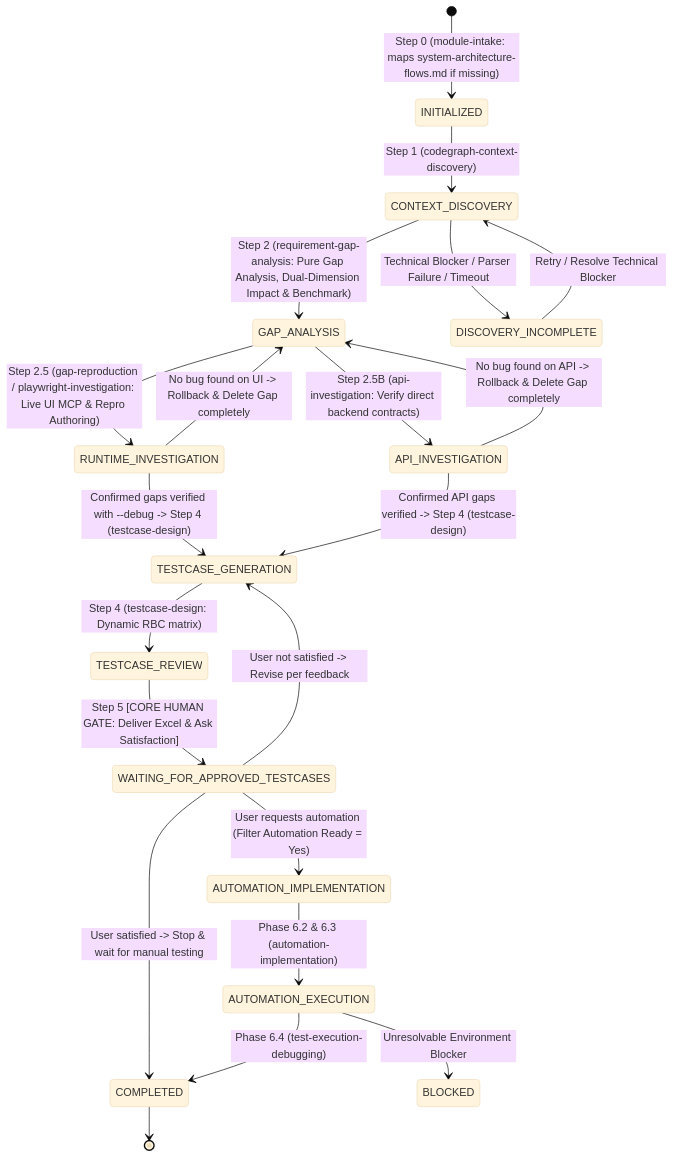
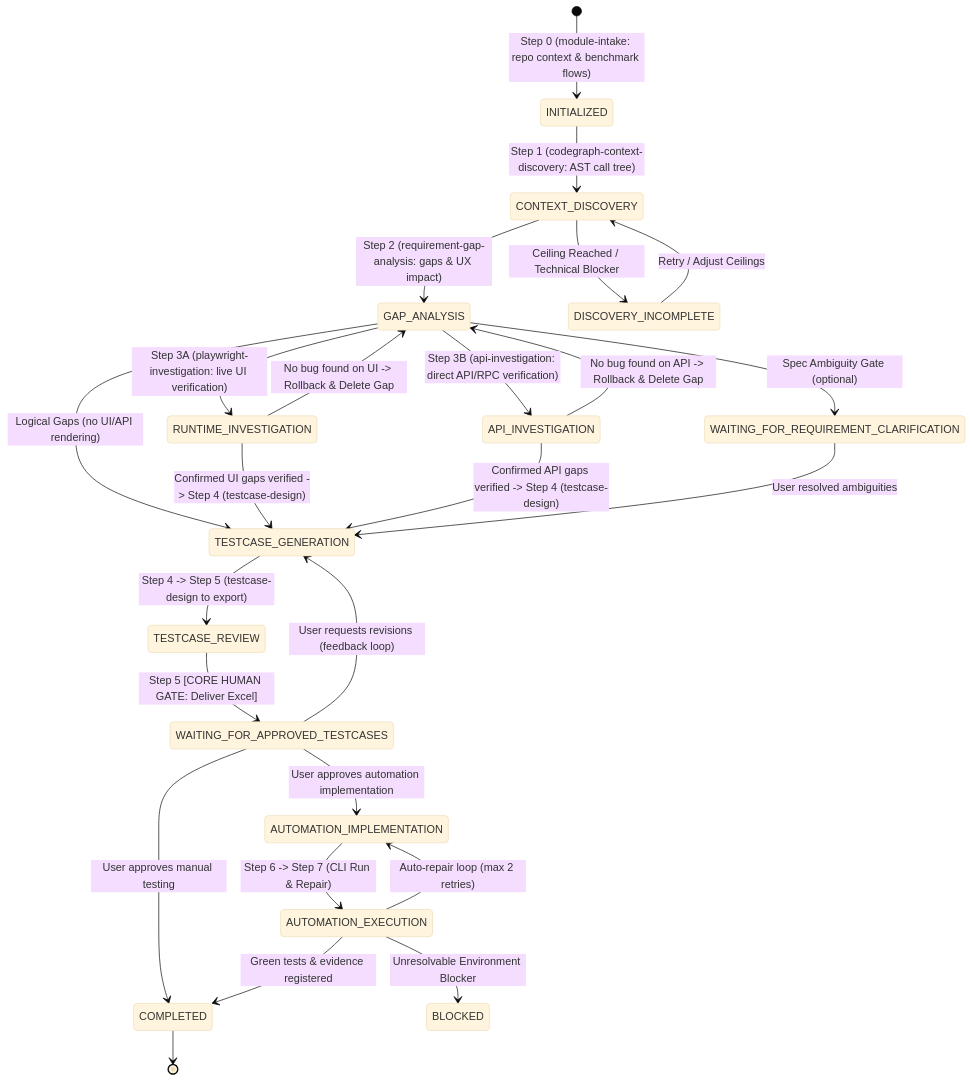
The diagram in skills/workflow-orchestrator/SKILL.md (Dang-nhut-tan/QA-skill), drawn with Mermaid (base theme) before and after one commit. The commit also changed other lines of this file and 11 other files, not shown here.

Commit message:
feat(phase-2): unify codegraph policy, standardize 0-7 lifecycle, implement capability fallback, and enforce language hygiene

````diff
--- a/skills/workflow-orchestrator/SKILL.md
+++ b/skills/workflow-orchestrator/SKILL.md
@@ -24,29 +24,33 @@
 ```mermaid
 stateDiagram-v2
-    [*] --> INITIALIZED: Step 0 (module-intake: maps system-architecture-flows.md if missing)
-    INITIALIZED --> CONTEXT_DISCOVERY: Step 1 (codegraph-context-discovery)
-    CONTEXT_DISCOVERY --> GAP_ANALYSIS: Step 2 (requirement-gap-analysis: Pure Gap Analysis, Dual-Dimension Impact & Benchmark)
-    CONTEXT_DISCOVERY --> DISCOVERY_INCOMPLETE: Technical Blocker / Parser Failure / Timeout
-    DISCOVERY_INCOMPLETE --> CONTEXT_DISCOVERY: Retry / Resolve Technical Blocker
+    [*] --> INITIALIZED: Step 0 (module-intake: repo context & benchmark flows)
+    INITIALIZED --> CONTEXT_DISCOVERY: Step 1 (codegraph-context-discovery: AST call tree)
+    CONTEXT_DISCOVERY --> GAP_ANALYSIS: Step 2 (requirement-gap-analysis: gaps & UX impact)
+    CONTEXT_DISCOVERY --> DISCOVERY_INCOMPLETE: Ceiling Reached / Technical Blocker
+    DISCOVERY_INCOMPLETE --> CONTEXT_DISCOVERY: Retry / Adjust Ceilings
     
-    GAP_ANALYSIS --> RUNTIME_INVESTIGATION: Step 2.5 (gap-reproduction / playwright-investigation: Live UI MCP & Repro Authoring)
-    GAP_ANALYSIS --> API_INVESTIGATION: Step 2.5B (api-investigation: Verify direct backend contracts)
+    GAP_ANALYSIS --> RUNTIME_INVESTIGATION: Step 3A (playwright-investigation: live UI verification)
+    GAP_ANALYSIS --> API_INVESTIGATION: Step 3B (api-investigation: direct API/RPC verification)
+    GAP_ANALYSIS --> TESTCASE_GENERATION: Logical Gaps (no UI/API rendering)
+    GAP_ANALYSIS --> WAITING_FOR_REQUIREMENT_CLARIFICATION: Spec Ambiguity Gate (optional)
     
-    RUNTIME_INVESTIGATION --> GAP_ANALYSIS: No bug found on UI -> Rollback & Delete Gap completely
-    API_INVESTIGATION --> GAP_ANALYSIS: No bug found on API -> Rollback & Delete Gap completely
+    RUNTIME_INVESTIGATION --> GAP_ANALYSIS: No bug found on UI -> Rollback & Delete Gap
+    API_INVESTIGATION --> GAP_ANALYSIS: No bug found on API -> Rollback & Delete Gap
     
-    RUNTIME_INVESTIGATION --> TESTCASE_GENERATION: Confirmed gaps verified with --debug -> Step 4 (testcase-design)
+    RUNTIME_INVESTIGATION --> TESTCASE_GENERATION: Confirmed UI gaps verified -> Step 4 (testcase-design)
     API_INVESTIGATION --> TESTCASE_GENERATION: Confirmed API gaps verified -> Step 4 (testcase-design)
+    WAITING_FOR_REQUIREMENT_CLARIFICATION --> TESTCASE_GENERATION: User resolved ambiguities
     
-    TESTCASE_GENERATION --> TESTCASE_REVIEW: Step 4 (testcase-design: Dynamic RBC matrix)
-    TESTCASE_REVIEW --> WAITING_FOR_APPROVED_TESTCASES: Step 5 [CORE HUMAN GATE: Deliver Excel & Ask Satisfaction]
+    TESTCASE_GENERATION --> TESTCASE_REVIEW: Step 4 -> Step 5 (testcase-design to export)
+    TESTCASE_REVIEW --> WAITING_FOR_APPROVED_TESTCASES: Step 5 [CORE HUMAN GATE: Deliver Excel]
     
-    WAITING_FOR_APPROVED_TESTCASES --> TESTCASE_GENERATION: User not satisfied -> Revise per feedback
-    WAITING_FOR_APPROVED_TESTCASES --> COMPLETED: User satisfied -> Stop & wait for manual testing
-    WAITING_FOR_APPROVED_TESTCASES --> AUTOMATION_IMPLEMENTATION: User requests automation (Filter Automation Ready = Yes)
+    WAITING_FOR_APPROVED_TESTCASES --> COMPLETED: User approves manual testing
+    WAITING_FOR_APPROVED_TESTCASES --> TESTCASE_GENERATION: User requests revisions (feedback loop)
+    WAITING_FOR_APPROVED_TESTCASES --> AUTOMATION_IMPLEMENTATION: User approves automation implementation
     
-    AUTOMATION_IMPLEMENTATION --> AUTOMATION_EXECUTION: Phase 6.2 & 6.3 (automation-implementation)
-    AUTOMATION_EXECUTION --> COMPLETED: Phase 6.4 (test-execution-debugging)
+    AUTOMATION_IMPLEMENTATION --> AUTOMATION_EXECUTION: Step 6 -> Step 7 (CLI Run & Repair)
+    AUTOMATION_EXECUTION --> COMPLETED: Green tests & evidence registered
+    AUTOMATION_EXECUTION --> AUTOMATION_IMPLEMENTATION: Auto-repair loop (max 2 retries)
     AUTOMATION_EXECUTION --> BLOCKED: Unresolvable Environment Blocker
     COMPLETED --> [*]
 ```
````
